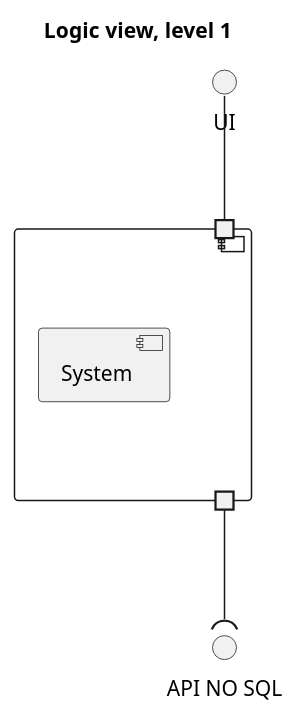
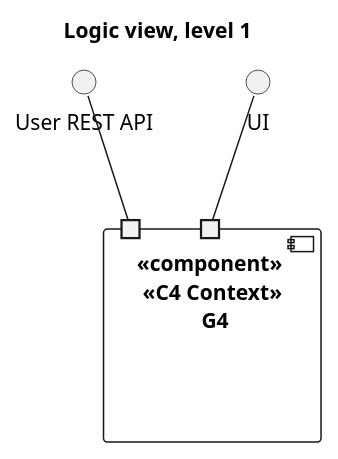
The first of 3 diagrams in docs/architectural_design_model/logic_view.puml (Loracline/project_switch_22-23), drawn with PlantUML before and after one commit. The commit also changed other lines of this file and 1 other file, not shown here.

Commit message:
NO US : Analysis and design : Update of architectural design model references #675

```diff
--- a/docs/architectural_design_model/logic_view.puml
+++ b/docs/architectural_design_model/logic_view.puml
@@ -1,10 +1,11 @@
 @startuml
 title Logic view, level 1
-component {
-  portin " " as pIn
-  portout " " as pOut
-  component "System"
+() "User REST API" as API
+() "UI" as UI
+component "<<component>> \n <<C4 Context>> \n G4" as G4 {
+port " "
+port "  "
+UI -- "  "
+API -- " "
 }
-UI -- pIn
-pOut --( "API NO SQL"
 @enduml
```
